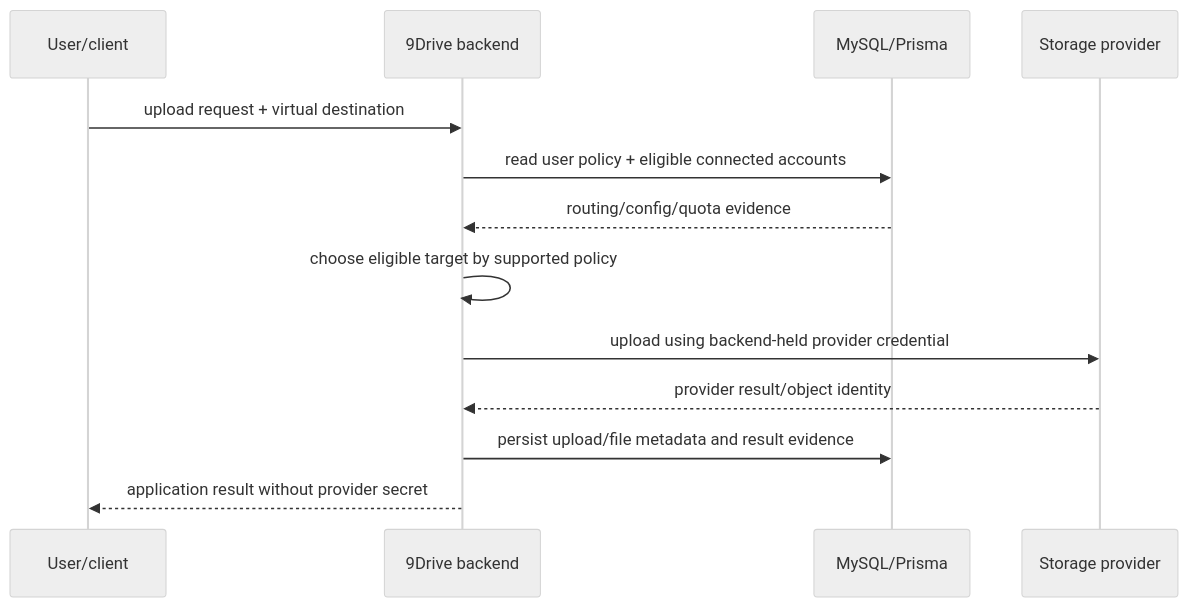
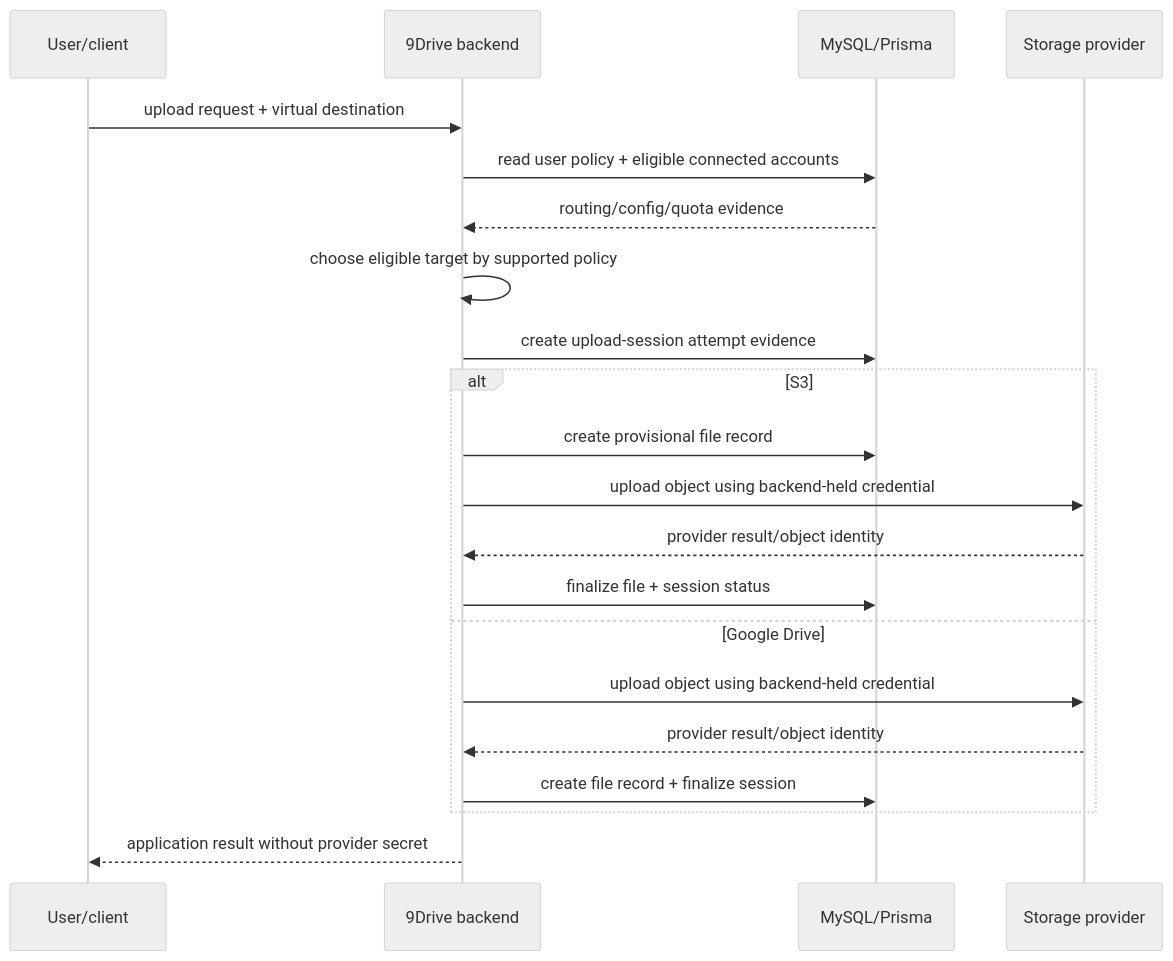
The second of 2 diagrams in docs/product-technical-gap-baseline.md (ContextualWisdomLab/9drive), drawn with Mermaid (neutral theme) before and after one commit. The commit also changed other lines of this file, not shown here.

````diff
--- a/docs/product-technical-gap-baseline.md
+++ b/docs/product-technical-gap-baseline.md
@@ -85,16 +86,24 @@
 ```mermaid
 sequenceDiagram
     participant U as User/client
     participant A as 9Drive backend
     participant D as MySQL/Prisma
     participant P as Storage provider
 
     U->>A: upload request + virtual destination
     A->>D: read user policy + eligible connected accounts
     D-->>A: routing/config/quota evidence
     A->>A: choose eligible target by supported policy
-    A->>P: upload using backend-held provider credential
-    P-->>A: provider result/object identity
-    A->>D: persist upload/file metadata and result evidence
+    A->>D: create upload-session attempt evidence
+    alt S3
+        A->>D: create provisional file record
+        A->>P: upload object using backend-held credential
+        P-->>A: provider result/object identity
+        A->>D: finalize file + session status
+    else Google Drive
+        A->>P: upload object using backend-held credential
+        P-->>A: provider result/object identity
+        A->>D: create file record + finalize session
+    end
     A-->>U: application result without provider secret
 ```
````
